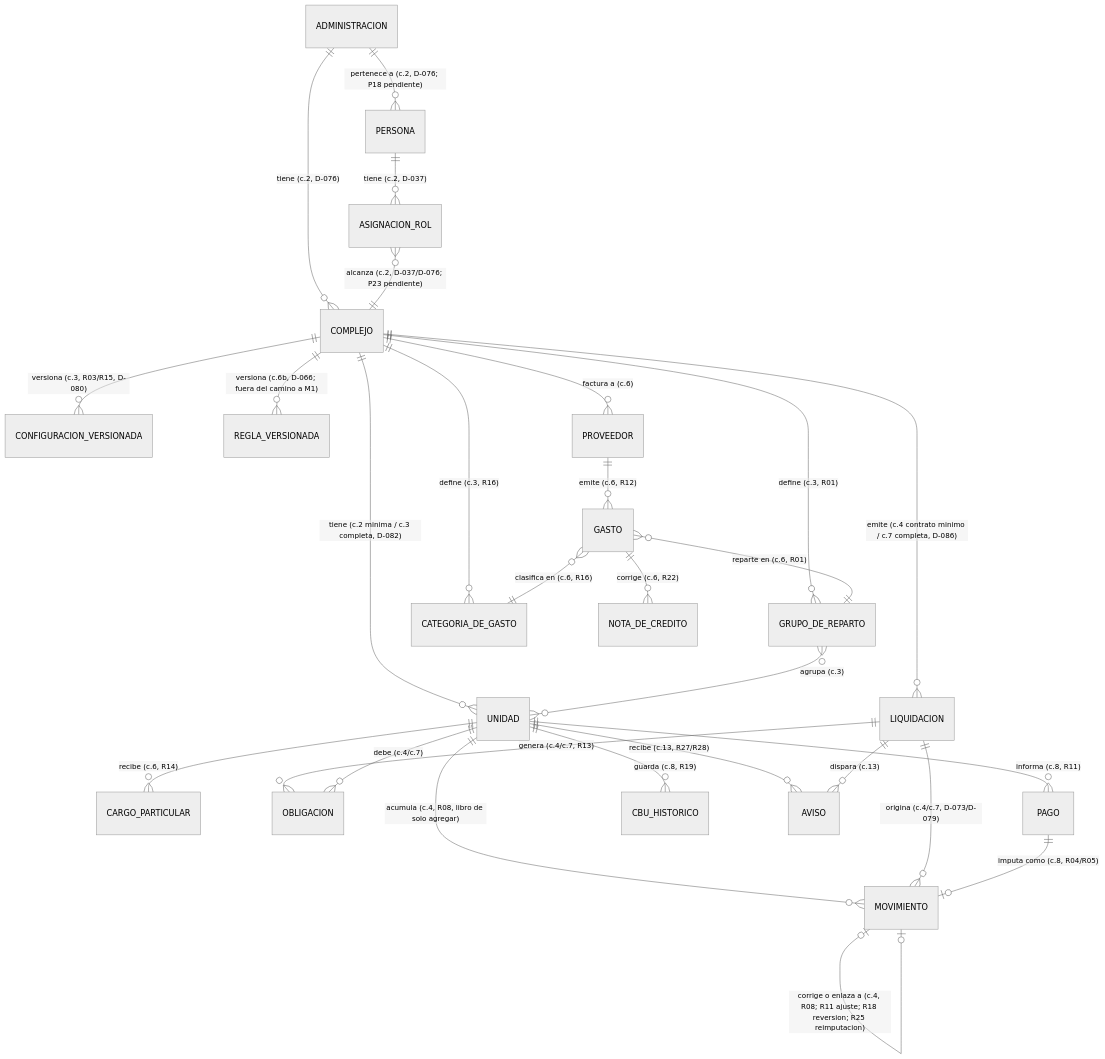
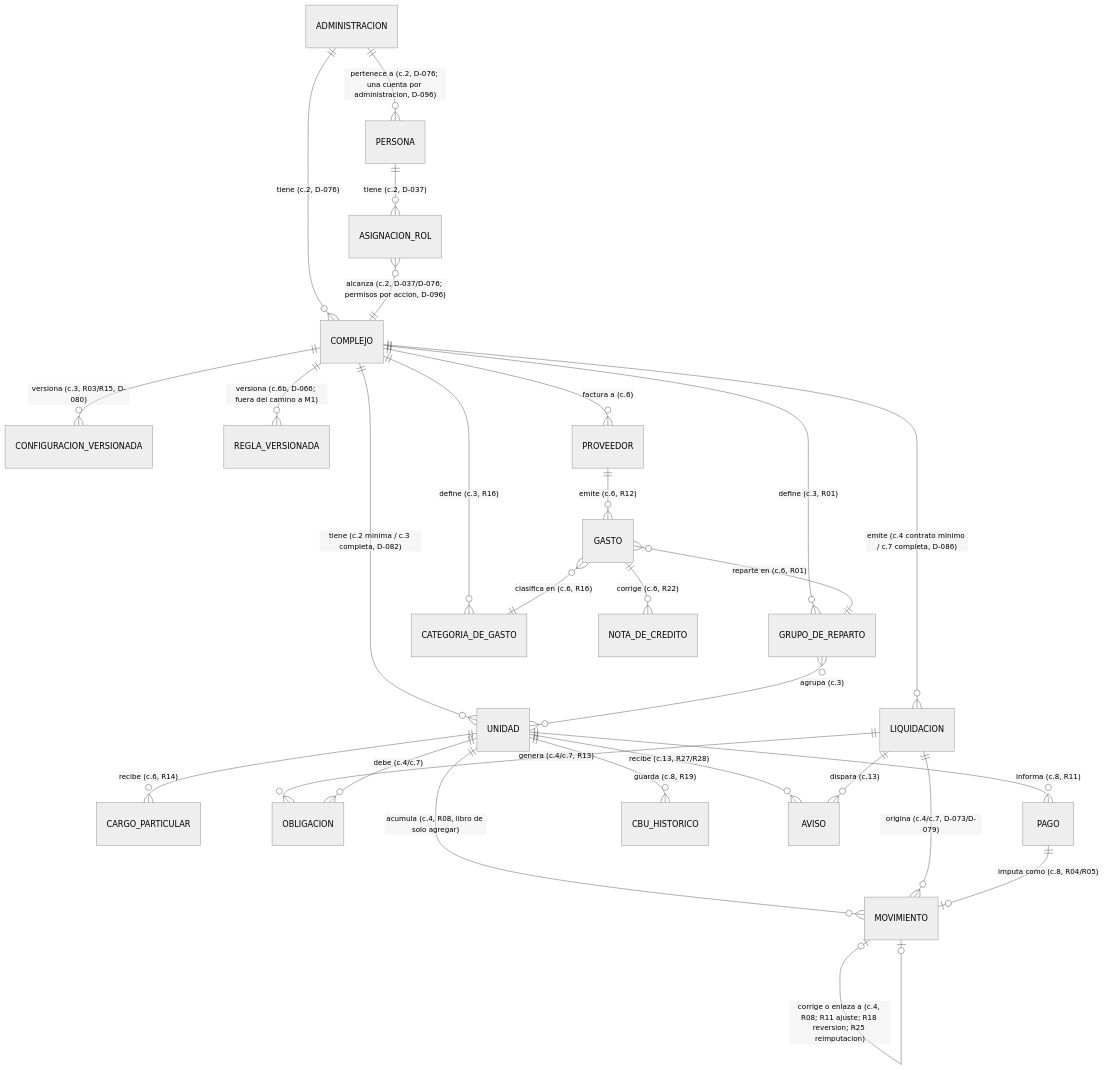
One commit to JuaniSarmiento/proptech changed the second of 2 diagrams in knowledge-base/04_modelo_de_datos.md. Above: the diagram before and after it, drawn with Mermaid (neutral theme). The commit also changed other lines of this file and 4 other files, not shown here.

````diff
--- a/knowledge-base/04_modelo_de_datos.md
+++ b/knowledge-base/04_modelo_de_datos.md
@@ -53,30 +53,30 @@
 ```mermaid
 erDiagram
     ADMINISTRACION ||--o{ COMPLEJO : "tiene (c.2, D-076)"
-    ADMINISTRACION ||--o{ PERSONA : "pertenece a (c.2, D-076; P18 pendiente)"
+    ADMINISTRACION ||--o{ PERSONA : "pertenece a (c.2, D-076; una cuenta por administracion, D-096)"
     COMPLEJO ||--o{ UNIDAD : "tiene (c.2 minima / c.3 completa, D-082)"
     COMPLEJO ||--o{ GRUPO_DE_REPARTO : "define (c.3, R01)"
     COMPLEJO ||--o{ CATEGORIA_DE_GASTO : "define (c.3, R16)"
     COMPLEJO ||--o{ CONFIGURACION_VERSIONADA : "versiona (c.3, R03/R15, D-080)"
     COMPLEJO ||--o{ REGLA_VERSIONADA : "versiona (c.6b, D-066; fuera del camino a M1)"
     GRUPO_DE_REPARTO }o--o{ UNIDAD : "agrupa (c.3)"
     PERSONA ||--o{ ASIGNACION_ROL : "tiene (c.2, D-037)"
-    ASIGNACION_ROL }o--|| COMPLEJO : "alcanza (c.2, D-037/D-076; P23 pendiente)"
+    ASIGNACION_ROL }o--|| COMPLEJO : "alcanza (c.2, D-037/D-076; permisos por accion, D-096)"
     COMPLEJO ||--o{ PROVEEDOR : "factura a (c.6)"
     PROVEEDOR ||--o{ GASTO : "emite (c.6, R12)"
     GASTO ||--o{ NOTA_DE_CREDITO : "corrige (c.6, R22)"
     GASTO }o--|| GRUPO_DE_REPARTO : "reparte en (c.6, R01)"
     GASTO }o--|| CATEGORIA_DE_GASTO : "clasifica en (c.6, R16)"
     UNIDAD ||--o{ CARGO_PARTICULAR : "recibe (c.6, R14)"
     COMPLEJO ||--o{ LIQUIDACION : "emite (c.4 contrato minimo / c.7 completa, D-086)"
     LIQUIDACION ||--o{ OBLIGACION : "genera (c.4/c.7, R13)"
     UNIDAD ||--o{ OBLIGACION : "debe (c.4/c.7)"
     UNIDAD ||--o{ MOVIMIENTO : "acumula (c.4, R08, libro de solo agregar)"
     LIQUIDACION ||--o{ MOVIMIENTO : "origina (c.4/c.7, D-073/D-079)"
     MOVIMIENTO |o--o| MOVIMIENTO : "corrige o enlaza a (c.4, R08; R11 ajuste; R18 reversion; R25 reimputacion)"
     UNIDAD ||--o{ PAGO : "informa (c.8, R11)"
     PAGO ||--o| MOVIMIENTO : "imputa como (c.8, R04/R05)"
     UNIDAD ||--o{ CBU_HISTORICO : "guarda (c.8, R19)"
     UNIDAD ||--o{ AVISO : "recibe (c.13, R27/R28)"
     LIQUIDACION ||--o{ AVISO : "dispara (c.13)"
 ```
````
